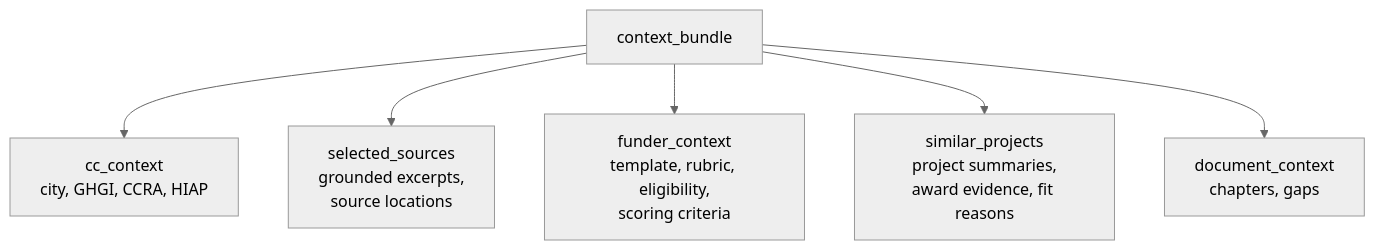
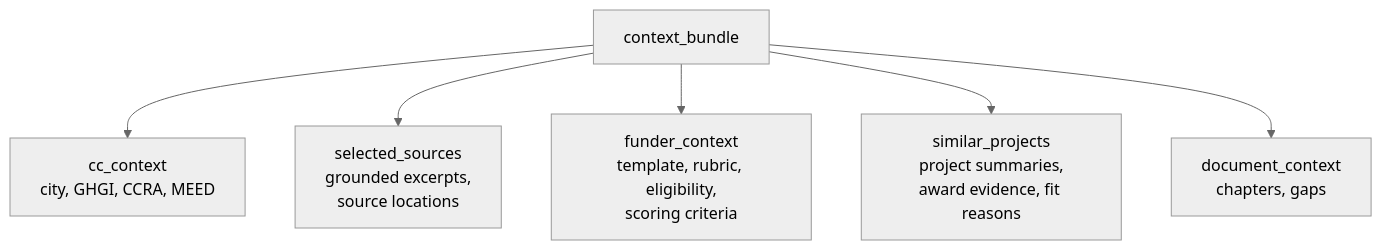
Before and after one commit to Open-Earth-Foundation/CityCatalyst: the fifth of 14 diagrams in docs/ConceptNoteBuilderArchitecture.md, drawn with Mermaid (neutral theme). The commit also changed other lines of this file and 14 other files, not shown here.

Commit message:
CC-556 add CNB city context bundle

````diff
--- a/docs/ConceptNoteBuilderArchitecture.md
+++ b/docs/ConceptNoteBuilderArchitecture.md
@@ -412,9 +413,9 @@
 ```mermaid
 flowchart TB
     Bundle["context_bundle"]
-    Bundle --> CCSummary["cc_context<br/>city, GHGI, CCRA, HIAP"]
+    Bundle --> CCSummary["cc_context<br/>city, GHGI, CCRA, MEED"]
     Bundle --> Sources["selected_sources<br/>grounded excerpts,<br/>source locations"]
     Bundle --> Funder["funder_context<br/>template, rubric, eligibility,<br/>scoring criteria"]
     Bundle --> Examples["similar_projects<br/>project summaries,<br/>award evidence, fit reasons"]
     Bundle --> Draft["document_context<br/>chapters, gaps"]
 ```
````
